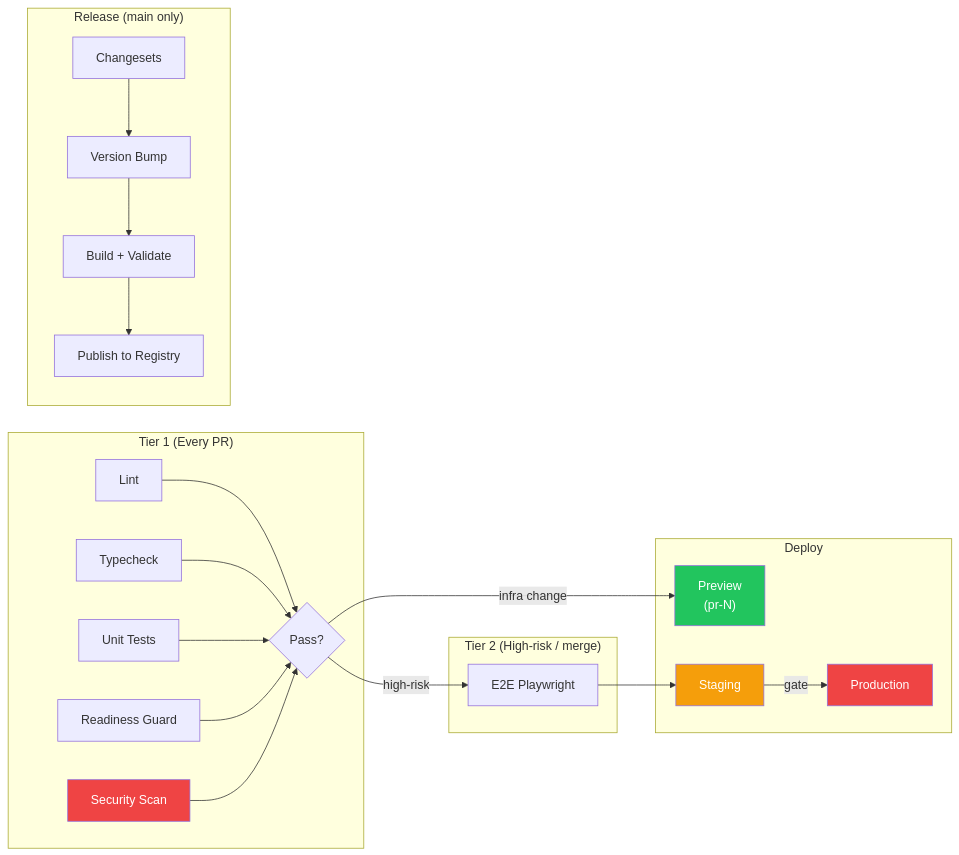
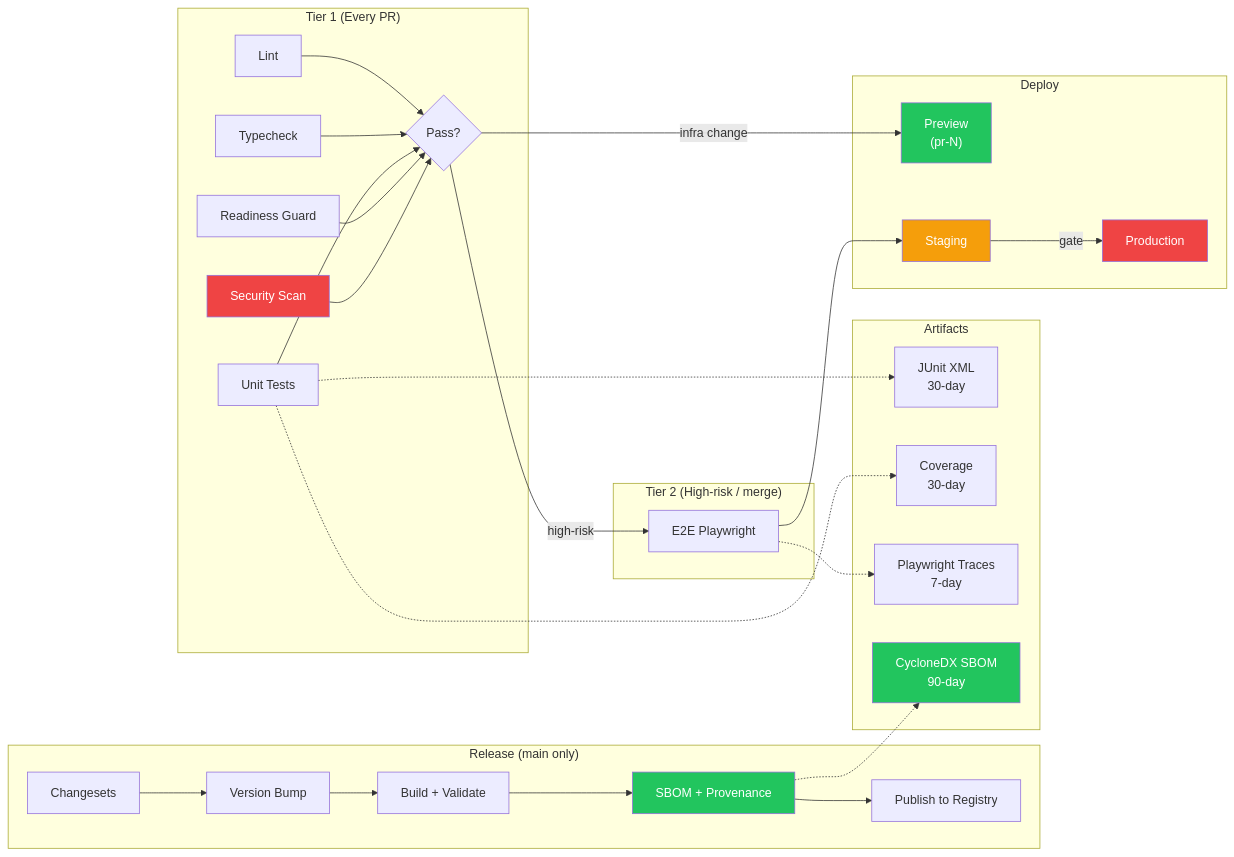
One commit to jbejenar/ripple-next changed the seventh of 10 diagrams in docs/product-roadmap/README.md. Above: the diagram before and after it, drawn with Mermaid. The commit also changed other lines of this file and 9 other files, not shown here.

First line of the commit message:
feat: CI observability, SBOM provenance, and reusable composite actions

````diff
--- a/docs/product-roadmap/README.md
+++ b/docs/product-roadmap/README.md
@@ -395,36 +406,50 @@
 ```mermaid
 graph LR
     subgraph "Tier 1 (Every PR)"
         LINT[Lint] --> GATE1{Pass?}
         TYPE[Typecheck] --> GATE1
         UNIT[Unit Tests] --> GATE1
         READY[Readiness Guard] --> GATE1
         SECURITY[Security Scan] --> GATE1
     end
 
     subgraph "Tier 2 (High-risk / merge)"
         E2E[E2E Playwright]
     end
 
     subgraph "Release (main only)"
         CS[Changesets] --> VER[Version Bump]
         VER --> BUILD[Build + Validate]
-        BUILD --> PUBLISH[Publish to Registry]
+        BUILD --> SBOM_GEN[SBOM + Provenance]
+        SBOM_GEN --> PUBLISH[Publish to Registry]
+    end
+
+    subgraph "Artifacts"
+        JUNIT[JUnit XML<br/>30-day]
+        COV[Coverage<br/>30-day]
+        TRACES[Playwright Traces<br/>7-day]
+        SBOM_ART[CycloneDX SBOM<br/>90-day]
     end
 
     subgraph "Deploy"
         PREVIEW["Preview<br/>(pr-N)"]
         STAGING[Staging]
         PRODUCTION[Production]
     end
 
     GATE1 -->|high-risk| E2E
     GATE1 -->|infra change| PREVIEW
+    UNIT -.-> JUNIT
+    UNIT -.-> COV
+    E2E -.-> TRACES
+    SBOM_GEN -.-> SBOM_ART
     E2E --> STAGING
     STAGING -->|gate| PRODUCTION
 
     style SECURITY fill:#ef4444,color:#fff
     style PRODUCTION fill:#ef4444,color:#fff
     style STAGING fill:#f59e0b,color:#fff
     style PREVIEW fill:#22c55e,color:#fff
+    style SBOM_GEN fill:#22c55e,color:#fff
+    style SBOM_ART fill:#22c55e,color:#fff
 ```
````
